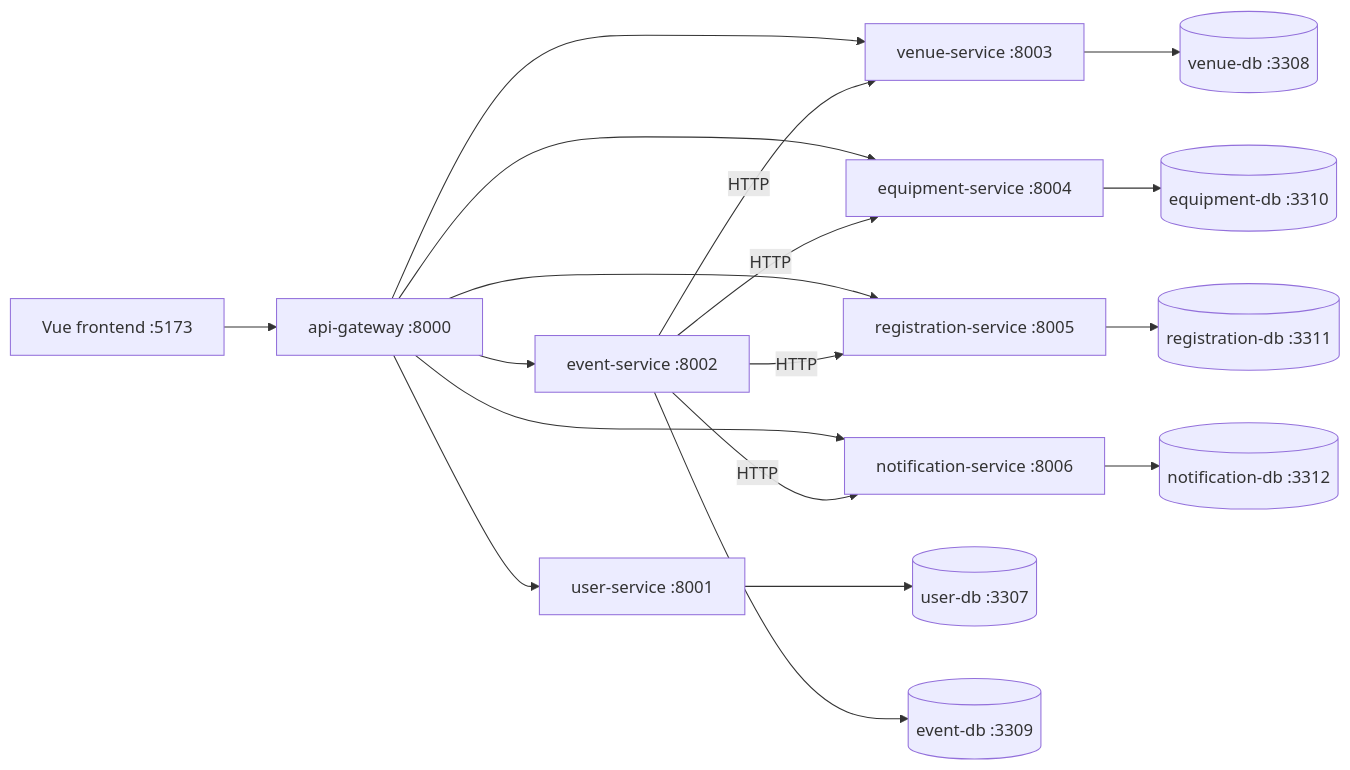
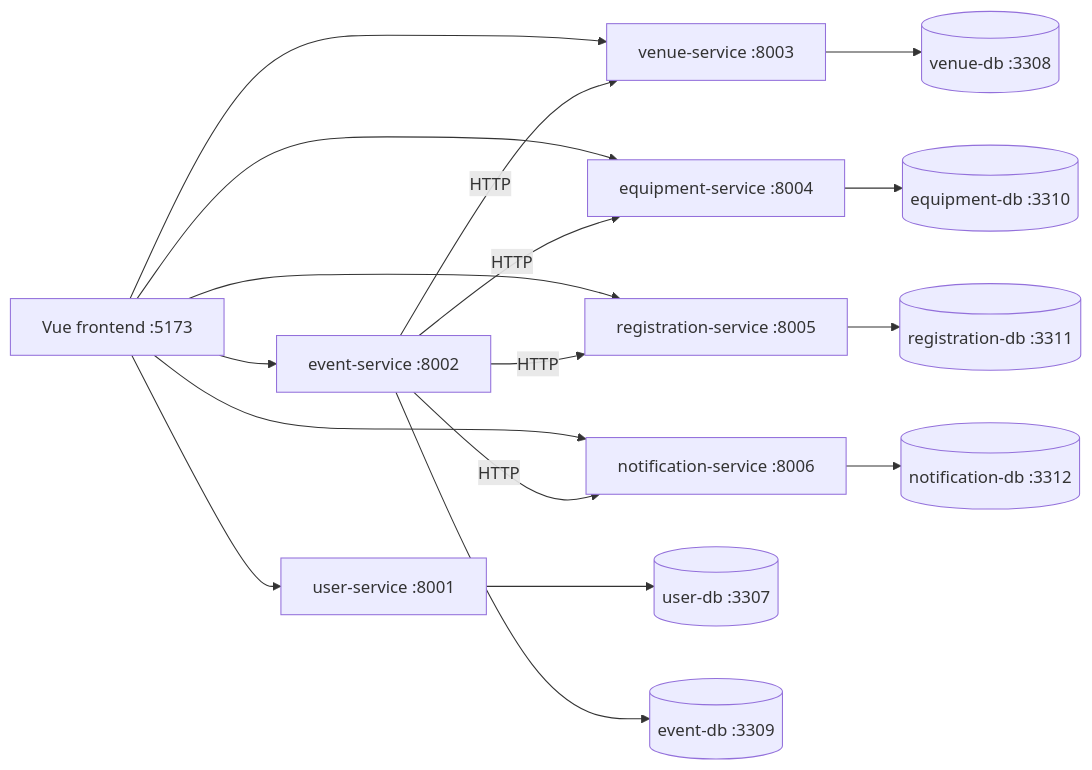
One commit to Matthewkhlr/SPM_G6T3 changed the diagram in docs/architecture.md. Above: the diagram before and after it, drawn with Mermaid. The commit also changed other lines of this file and 21 other files, not shown here.

Commit message:
Task: Removed API Gateway

````diff
--- a/docs/architecture.md
+++ b/docs/architecture.md
@@ -11,20 +11,19 @@
 ```mermaid
 flowchart LR
-  Vue["Vue frontend :5173"] --> GW["api-gateway :8000"]
-  GW --> UserSvc["user-service :8001"]
-  GW --> EventSvc["event-service :8002"]
-  GW --> VenueSvc["venue-service :8003"]
-  GW --> EquipSvc["equipment-service :8004"]
-  GW --> RegSvc["registration-service :8005"]
-  GW --> NotifSvc["notification-service :8006"]
+  Vue["Vue frontend :5173"] --> UserSvc["user-service :8001"]
+  Vue --> EventSvc["event-service :8002"]
+  Vue --> VenueSvc["venue-service :8003"]
+  Vue --> EquipSvc["equipment-service :8004"]
+  Vue --> RegSvc["registration-service :8005"]
+  Vue --> NotifSvc["notification-service :8006"]
   UserSvc --> UserDB[("user-db :3307")]
   EventSvc --> EventDB[("event-db :3309")]
   VenueSvc --> VenueDB[("venue-db :3308")]
   EquipSvc --> EquipDB[("equipment-db :3310")]
   RegSvc --> RegDB[("registration-db :3311")]
   NotifSvc --> NotifDB[("notification-db :3312")]
   EventSvc -->|"HTTP"| VenueSvc
   EventSvc -->|"HTTP"| EquipSvc
   EventSvc -->|"HTTP"| RegSvc
   EventSvc -->|"HTTP"| NotifSvc
 ```
````
